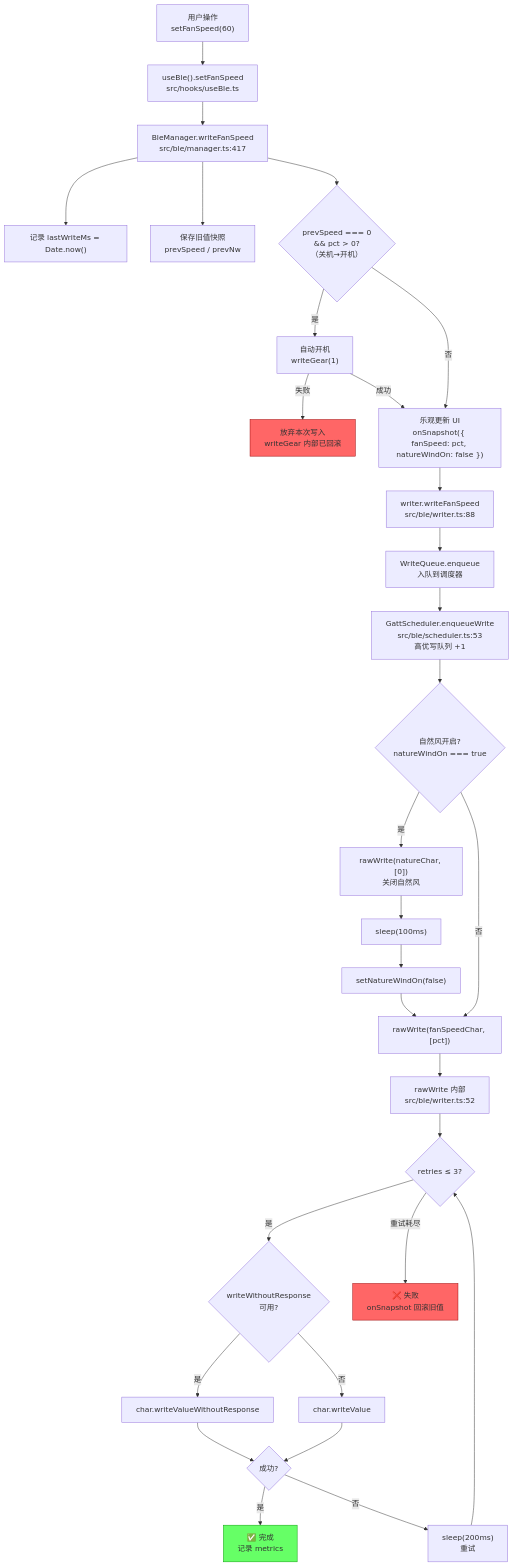
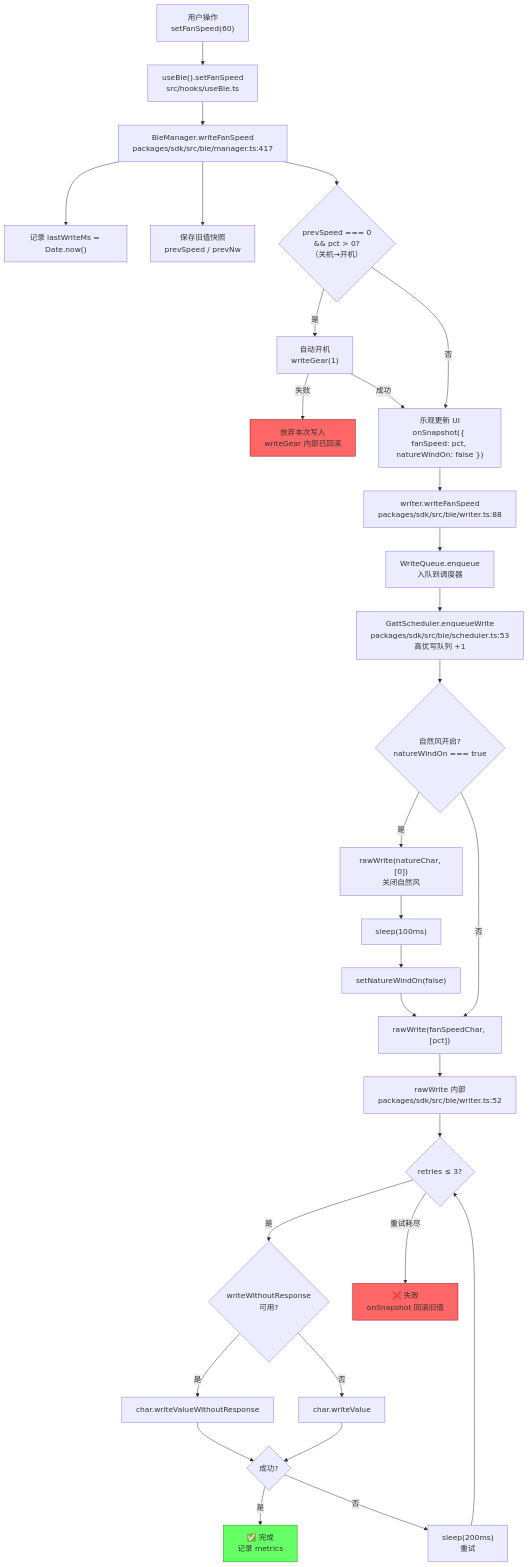
One commit to gggxbbb/w96p-control changed the second of 9 diagrams in docs/ble-architecture.md. Above: the diagram before and after it, drawn with Mermaid. The commit also changed other lines of this file and 3 other files, not shown here.

````diff
--- a/docs/ble-architecture.md
+++ b/docs/ble-architecture.md
@@ -206,44 +206,44 @@
 ```mermaid
 flowchart TD
     A["用户操作<br/>setFanSpeed(60)"] --> B["useBle().setFanSpeed<br/>src/hooks/useBle.ts"]
-    B --> C["BleManager.writeFanSpeed<br/>src/ble/manager.ts:417"]
+    B --> C["BleManager.writeFanSpeed<br/>packages/sdk/src/ble/manager.ts:417"]
 
     C --> D["记录 lastWriteMs = Date.now()"]
     C --> E["保存旧值快照<br/>prevSpeed / prevNw"]
     C --> F{"prevSpeed === 0<br/>&& pct > 0?<br/>（关机→开机）"}
 
     F -->|是| G["自动开机<br/>writeGear(1)"]
     G -->|失败| H["放弃本次写入<br/>writeGear 内部已回滚"]
     F -->|否| I
 
     G -->|成功| I["乐观更新 UI<br/>onSnapshot({ fanSpeed: pct, natureWindOn: false })"]
-    I --> J["writer.writeFanSpeed<br/>src/ble/writer.ts:88"]
+    I --> J["writer.writeFanSpeed<br/>packages/sdk/src/ble/writer.ts:88"]
 
     J --> K["WriteQueue.enqueue<br/>入队到调度器"]
-    K --> L["GattScheduler.enqueueWrite<br/>src/ble/scheduler.ts:53<br/>高优写队列 +1"]
+    K --> L["GattScheduler.enqueueWrite<br/>packages/sdk/src/ble/scheduler.ts:53<br/>高优写队列 +1"]
 
     L --> M{"自然风开启?<br/>natureWindOn === true"}
 
     M -->|是| N["rawWrite(natureChar, [0])<br/>关闭自然风"]
     N --> O["sleep(100ms)"]
     O --> P["setNatureWindOn(false)"]
     M -->|否| Q
 
     P --> Q["rawWrite(fanSpeedChar, [pct])"]
-    Q --> R["rawWrite 内部<br/>src/ble/writer.ts:52"]
+    Q --> R["rawWrite 内部<br/>packages/sdk/src/ble/writer.ts:52"]
 
     R --> S{"retries ≤ 3?"}
     S -->|是| T{"writeWithoutResponse<br/>可用?"}
     T -->|是| U["char.writeValueWithoutResponse"]
     T -->|否| V["char.writeValue"]
     U --> W{"成功?"}
     V --> W
     W -->|是| X["✅ 完成<br/>记录 metrics"]
     W -->|否| Y["sleep(200ms)<br/>重试"]
     Y --> S
     S -->|重试耗尽| Z["❌ 失败<br/>onSnapshot 回滚旧值"]
 
     style H fill:#f66,stroke:#900
     style Z fill:#f66,stroke:#900
     style X fill:#6f6,stroke:#090
 ```
````
